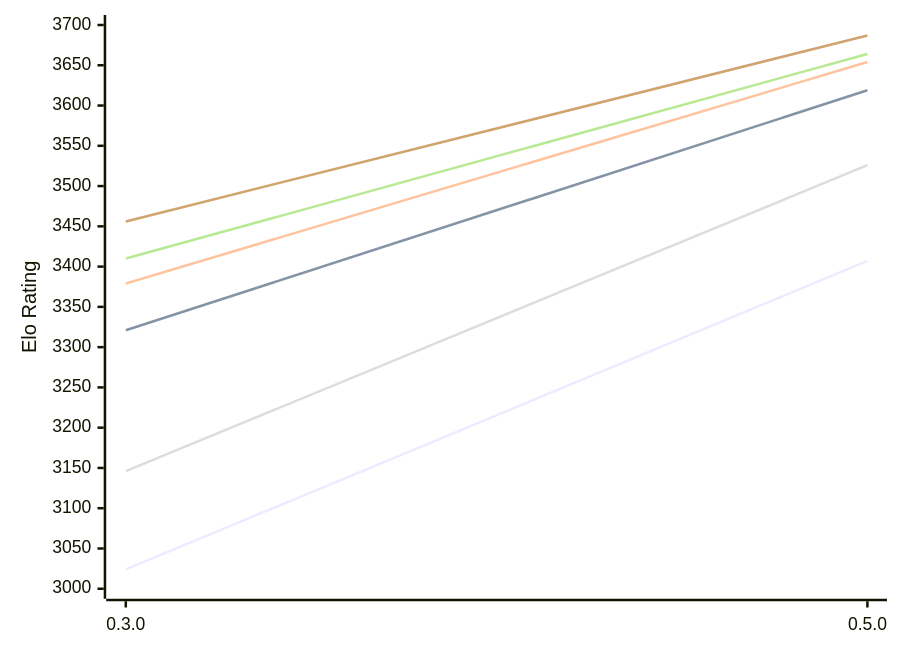
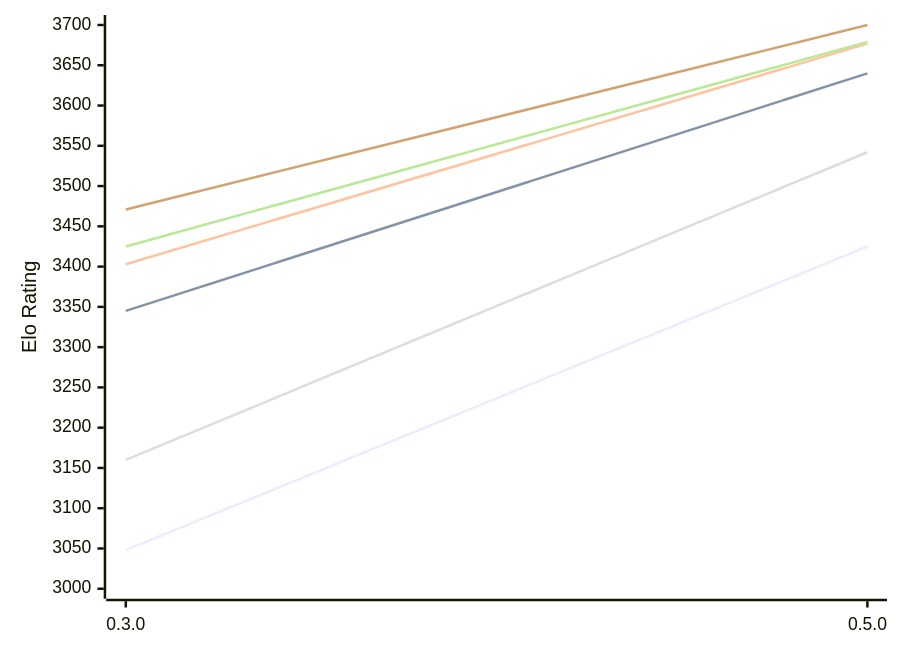
The first of 2 diagrams in engines/Justbot.md (computer-chess-index/cci), drawn with Mermaid before and after one commit. The commit also changed other lines of this file, not shown here.

Commit message:
Update CCI Ratings (ELO VLTC) - 2026-10-24

````diff
--- a/engines/Justbot.md
+++ b/engines/Justbot.md
@@ -53,12 +53,12 @@
 ```mermaid
 %%{init: {"theme":"base","themeVariables":{"seriesColors:['#a3a3a3','#222221','#faa371']}}}%%
 xychart-beta
   x-axis ["0.3.0", "0.5.0"]
   y-axis "Elo Rating" 3000 --> 3700
-  line "E1: STC (8.0+0.08s)" [3024, 3407]
-  line "E1: LTC (60.0+0.60s)" [3321, 3619]
-  line "E1: VLTC (2m24s+1.12s)" [3379, 3654]
-  line "P1: STC (8.0+0.08s)" [3146, 3526]
-  line "P1: LTC (60.0+0.60s)" [3410, 3664]
-  line "P1: VLTC (2m24s+1.12s)" [3456, 3687]
+  line "E1: STC (8.0+0.08s)" [3048, 3425]
+  line "E1: LTC (60.0+0.60s)" [3345, 3640]
+  line "E1: VLTC (2m24s+1.12s)" [3403, 3677]
+  line "P1: STC (8.0+0.08s)" [3160, 3542]
+  line "P1: LTC (60.0+0.60s)" [3425, 3679]
+  line "P1: VLTC (2m24s+1.12s)" [3471, 3700]
 ```
````
